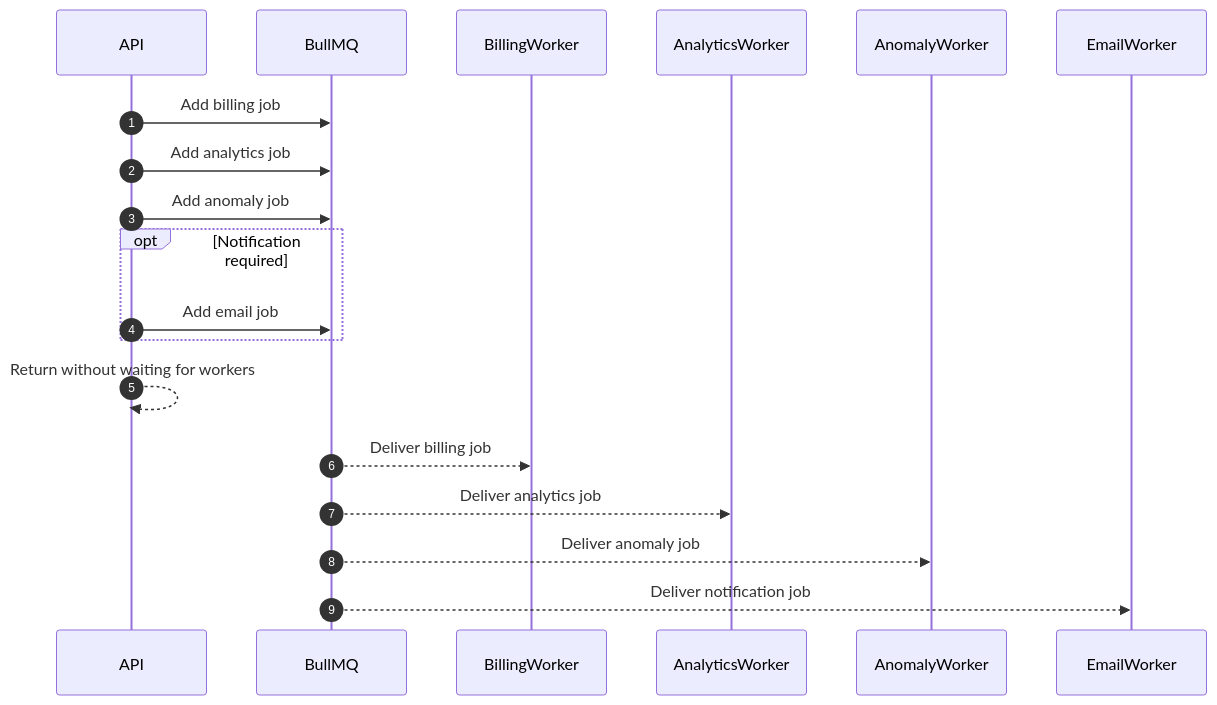
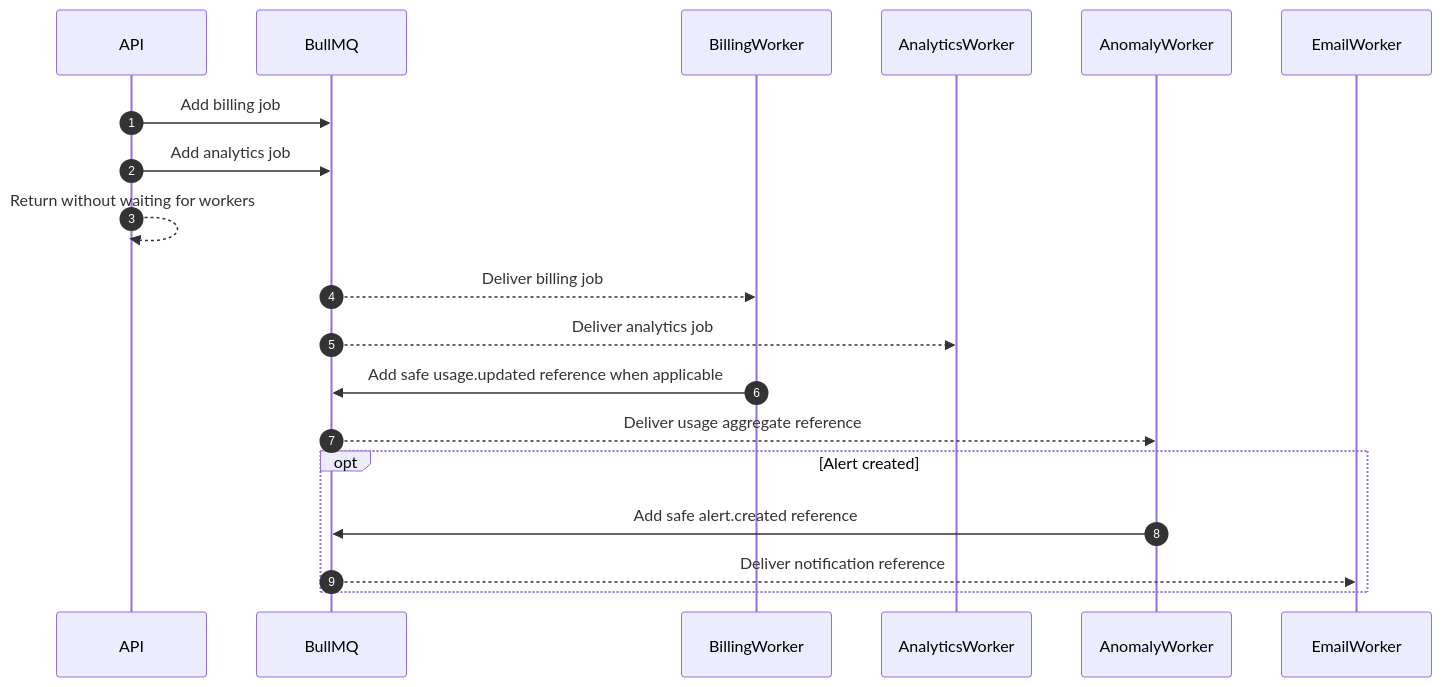
Diagram 17 of 37 in docs/12_SEQUENCE_DIAGRAMS.md (tarun5004/ProxyAi), drawn with Mermaid before and after one commit. The commit also changed other lines of this file and 10 other files, not shown here.

Commit message:
docs(async): define safe Phase 7 job contracts

````diff
--- a/docs/12_SEQUENCE_DIAGRAMS.md
+++ b/docs/12_SEQUENCE_DIAGRAMS.md
@@ -765,23 +766,23 @@
 ```mermaid
 sequenceDiagram
     autonumber
     participant API
     participant BullMQ
     participant BillingWorker
     participant AnalyticsWorker
     participant AnomalyWorker
     participant EmailWorker
 
     API->>BullMQ: Add billing job
     API->>BullMQ: Add analytics job
-    API->>BullMQ: Add anomaly job
-    opt Notification required
-        API->>BullMQ: Add email job
-    end
     API-->>API: Return without waiting for workers
 
     BullMQ-->>BillingWorker: Deliver billing job
     BullMQ-->>AnalyticsWorker: Deliver analytics job
-    BullMQ-->>AnomalyWorker: Deliver anomaly job
-    BullMQ-->>EmailWorker: Deliver notification job
+    BillingWorker->>BullMQ: Add safe usage.updated reference when applicable
+    BullMQ-->>AnomalyWorker: Deliver usage aggregate reference
+    opt Alert created
+        AnomalyWorker->>BullMQ: Add safe alert.created reference
+        BullMQ-->>EmailWorker: Deliver notification reference
+    end
 ```
````
